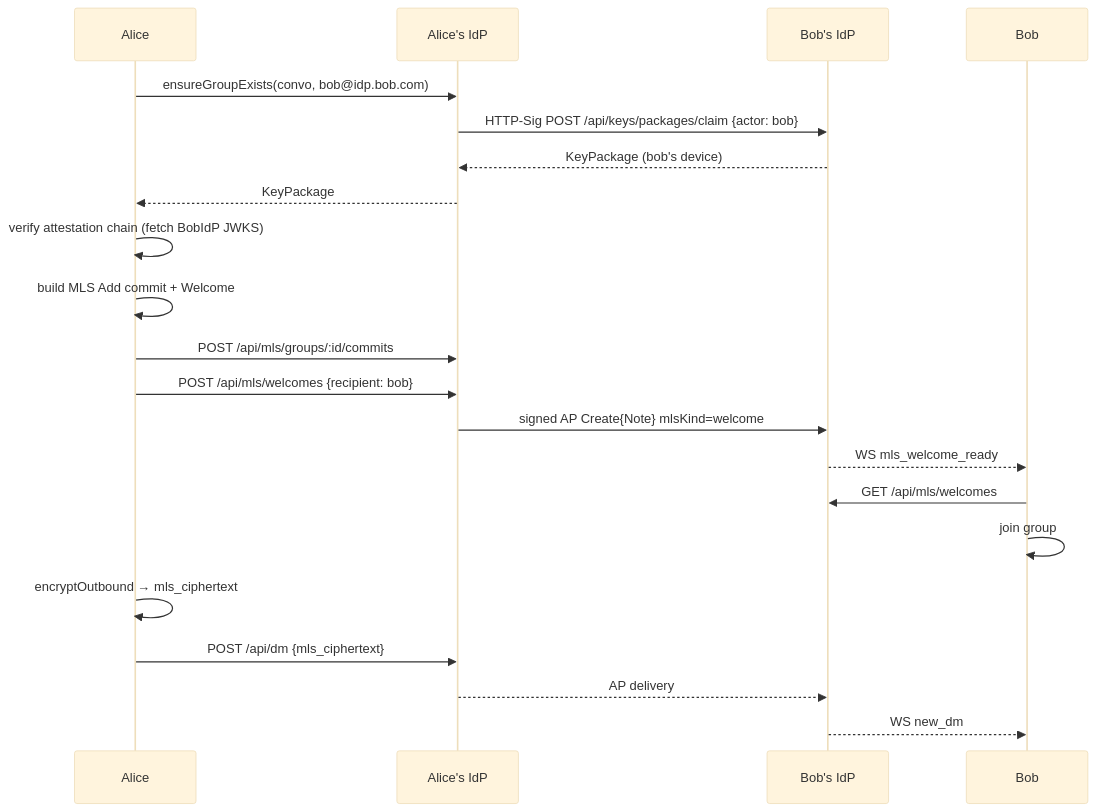
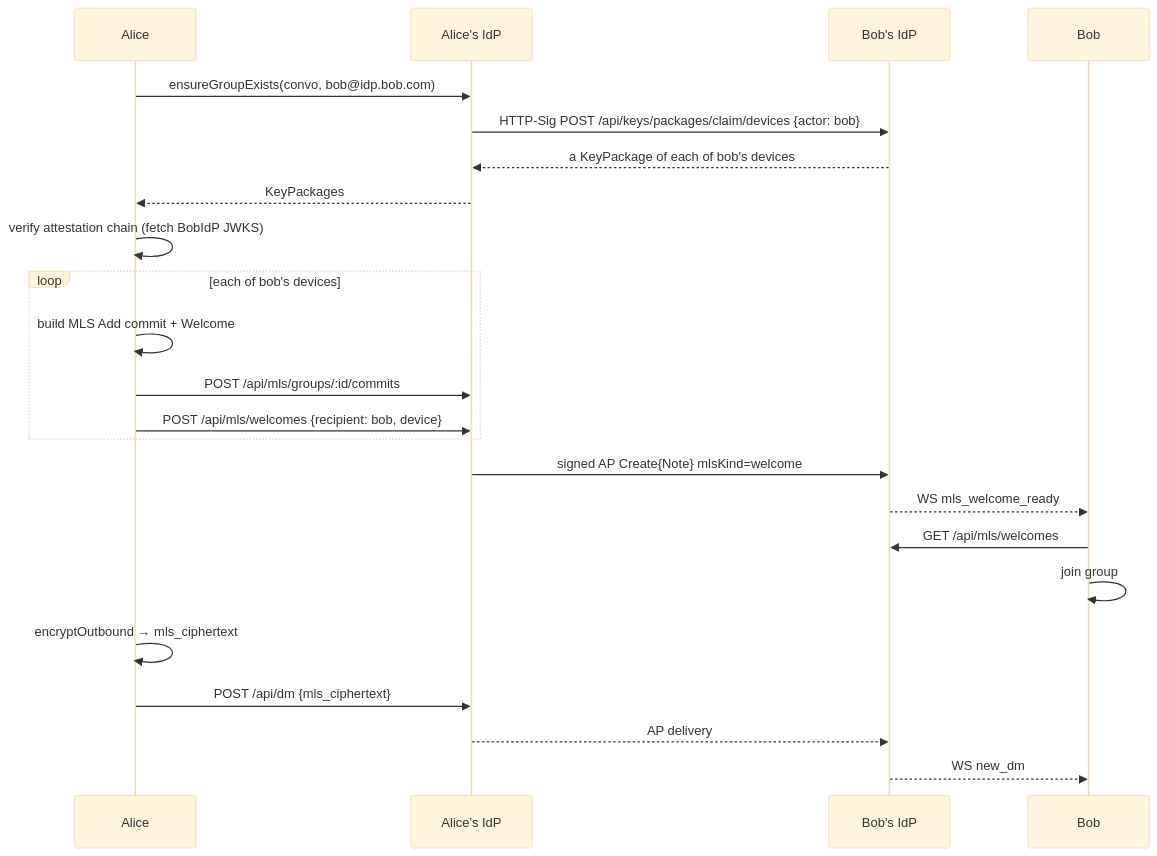
One commit to Pina-i/pinai changed the sixth of 11 diagrams in identity-provider/specs/e2ee.md. Above: the diagram before and after it, drawn with Mermaid (base theme). The commit also changed other lines of this file and 28 other files, not shown here.

````diff
--- a/identity-provider/specs/e2ee.md
+++ b/identity-provider/specs/e2ee.md
@@ -547,24 +583,26 @@
 ```mermaid
 sequenceDiagram
     participant Alice
     participant AliceIdP as Alice's IdP
     participant BobIdP as Bob's IdP
     participant Bob
 
     Alice->>AliceIdP: ensureGroupExists(convo, bob@idp.bob.com)
-    AliceIdP->>BobIdP: HTTP-Sig POST /api/keys/packages/claim {actor: bob}
-    BobIdP-->>AliceIdP: KeyPackage (bob's device)
-    AliceIdP-->>Alice: KeyPackage
+    AliceIdP->>BobIdP: HTTP-Sig POST /api/keys/packages/claim/devices {actor: bob}
+    BobIdP-->>AliceIdP: a KeyPackage of each of bob's devices
+    AliceIdP-->>Alice: KeyPackages
     Alice->>Alice: verify attestation chain (fetch BobIdP JWKS)
-    Alice->>Alice: build MLS Add commit + Welcome
-    Alice->>AliceIdP: POST /api/mls/groups/:id/commits
-    Alice->>AliceIdP: POST /api/mls/welcomes {recipient: bob}
+    loop each of bob's devices
+        Alice->>Alice: build MLS Add commit + Welcome
+        Alice->>AliceIdP: POST /api/mls/groups/:id/commits
+        Alice->>AliceIdP: POST /api/mls/welcomes {recipient: bob, device}
+    end
     AliceIdP->>BobIdP: signed AP Create{Note} mlsKind=welcome
     BobIdP-->>Bob: WS mls_welcome_ready
     Bob->>BobIdP: GET /api/mls/welcomes
     Bob->>Bob: join group
     Alice->>Alice: encryptOutbound → mls_ciphertext
     Alice->>AliceIdP: POST /api/dm {mls_ciphertext}
     AliceIdP-->>BobIdP: AP delivery
     BobIdP-->>Bob: WS new_dm
 ```
````
